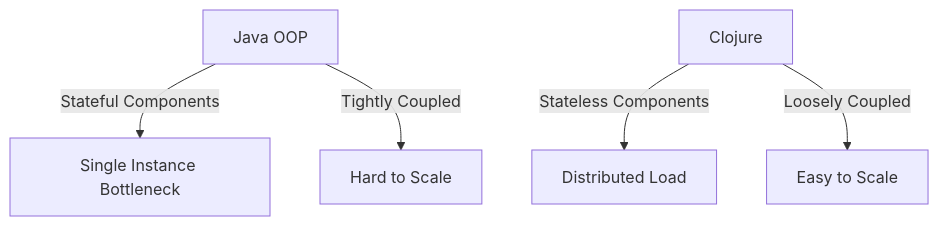
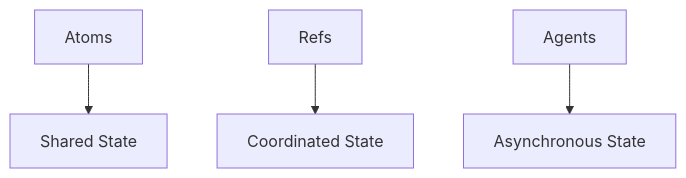
Before and after one commit to MasteryEducation/ClojureForJava.com: the second of 2 diagrams in content/3/24/1/index.md, drawn with Mermaid. The commit also changed other lines of this file and 74 other files, not shown here.

````diff
--- a/content/3/24/1/index.md
+++ b/content/3/24/1/index.md
@@ -134,7 +187,6 @@
 ```mermaid
 graph TD;
-    A[Java OOP] -->|Stateful Components| B[Single Instance Bottleneck];
-    A -->|Tightly Coupled| C[Hard to Scale];
-    D[Clojure] -->|Stateless Components| E[Distributed Load];
-    D -->|Loosely Coupled| F[Easy to Scale];
+    A[Atoms] --> B[Shared State];
+    C[Refs] --> D[Coordinated State];
+    E[Agents] --> F[Asynchronous State];
 ```
````
